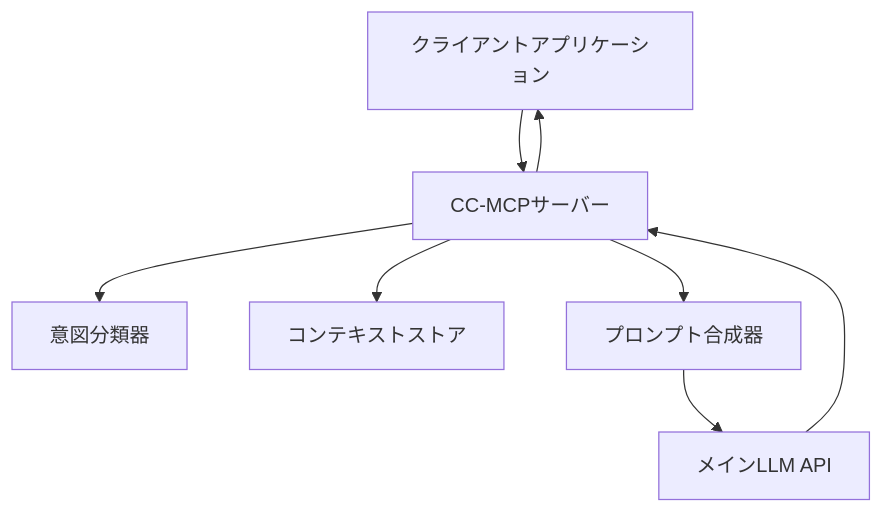
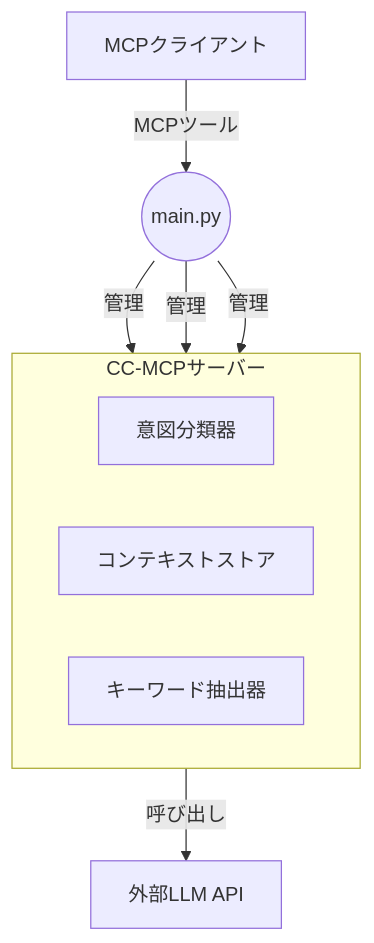
Before and after one commit to Beginnersguide138/cc-mcp: the diagram in README-ja.md, drawn with Mermaid. The commit also changed other lines of this file and 5 other files, not shown here.

````diff
--- a/README-ja.md
+++ b/README-ja.md
@@ -154,10 +154,15 @@
 ```mermaid
 graph TD
-    A[クライアントアプリケーション] --> B[CC-MCPサーバー]
-    B --> C[意図分類器]
-    B --> D[コンテキストストア]
-    B --> E[プロンプト合成器]
-    E --> F[メインLLM API]
-    F --> B
-    B --> A
+    subgraph CC-MCPサーバー
+        direction LR
+        C[意図分類器]
+        D[コンテキストストア]
+        E[キーワード抽出器]
+    end
+
+    A[MCPクライアント] -- MCPツール --> B((main.py))
+    B -- 管理 --> C
+    B -- 管理 --> D
+    B -- 管理 --> E
+    C -- 呼び出し --> G[外部LLM API]
 ```
````
